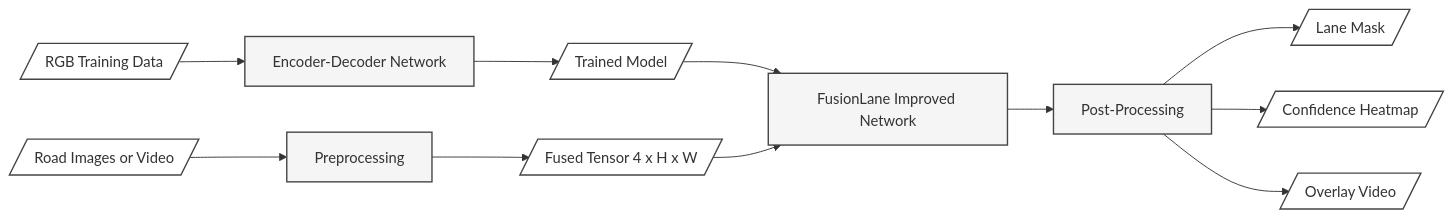
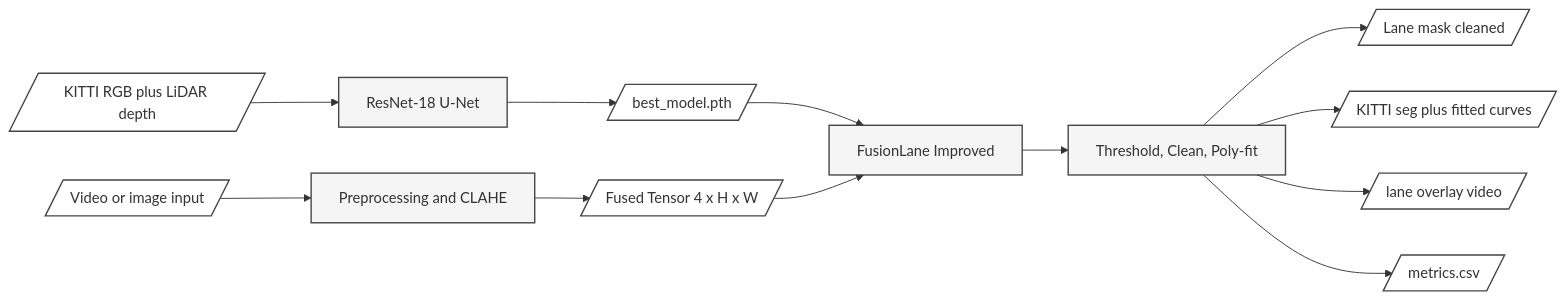
One commit to isabelramirez10/AutonomousDriving changed the diagram in fusionlane_improved/README.md. Above: the diagram before and after it, drawn with Mermaid. The commit also changed other lines of this file and 14 other files, not shown here.

Commit message:
Add improved FusionLane pipeline

````diff
--- a/fusionlane_improved/README.md
+++ b/fusionlane_improved/README.md
@@ -394,23 +651,24 @@
 ```mermaid
 flowchart LR
-    T1[/RGB Training Data/]:::data
-    T2[Encoder-Decoder Network]:::net
-    T3[/Trained Model/]:::data
+    T1[/KITTI RGB plus LiDAR depth/]:::data
+    T2[ResNet-18 U-Net]:::net
+    T3[/best_model.pth/]:::data
 
-    I1[/Road Images or Video/]:::data
-    PP[Preprocessing]:::net
+    I1[/Video or image input/]:::data
+    PP[Preprocessing and CLAHE]:::net
     RD[/Fused Tensor 4 x H x W/]:::data
-    FL[FusionLane Improved Network]:::net
-    PO[Post-Processing]:::net
+    FL[FusionLane Improved]:::net
+    PO[Threshold, Clean, Poly-fit]:::net
 
-    O1[/Lane Mask/]:::data
-    O2[/Confidence Heatmap/]:::data
-    O3[/Overlay Video/]:::data
+    O1[/Lane mask cleaned/]:::data
+    O2[/KITTI seg plus fitted curves/]:::data
+    O3[/lane overlay video/]:::data
+    O4[/metrics.csv/]:::data
 
     T1 --> T2 --> T3 --> FL
     I1 --> PP --> RD --> FL
-    FL --> PO --> O1 & O2 & O3
+    FL --> PO --> O1 & O2 & O3 & O4
 
     classDef data fill:#fff,stroke:#444,stroke-width:1.5px
     classDef net  fill:#f5f5f5,stroke:#444,stroke-width:1.5px
 ```
````
